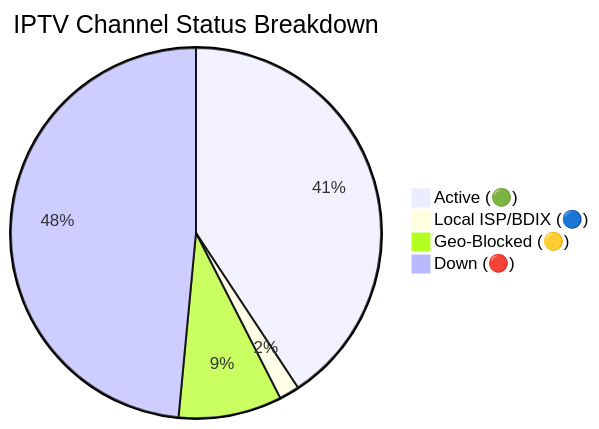
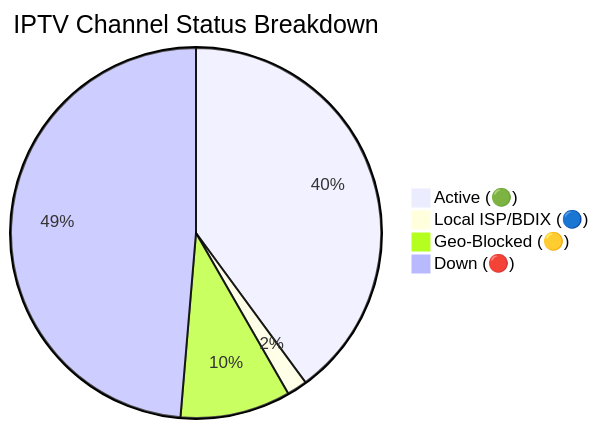
The diagram in README.md (andreataylord/Ip-tv-Collection), drawn with Mermaid before and after one commit. The commit also changed other lines of this file and 1 other file, not shown here.

Commit message:
docs(readme): auto-update daily channel status chart

````diff
--- a/README.md
+++ b/README.md
@@ -59,7 +59,7 @@
 ```mermaid
 pie title IPTV Channel Status Breakdown
-    "Active (🟢)" : 2949
+    "Active (🟢)" : 2892
     "Local ISP/BDIX (🔵)" : 128
-    "Geo-Blocked (🟡)" : 653
-    "Down (🔴)" : 3512
+    "Geo-Blocked (🟡)" : 698
+    "Down (🔴)" : 3524
 ```
````
